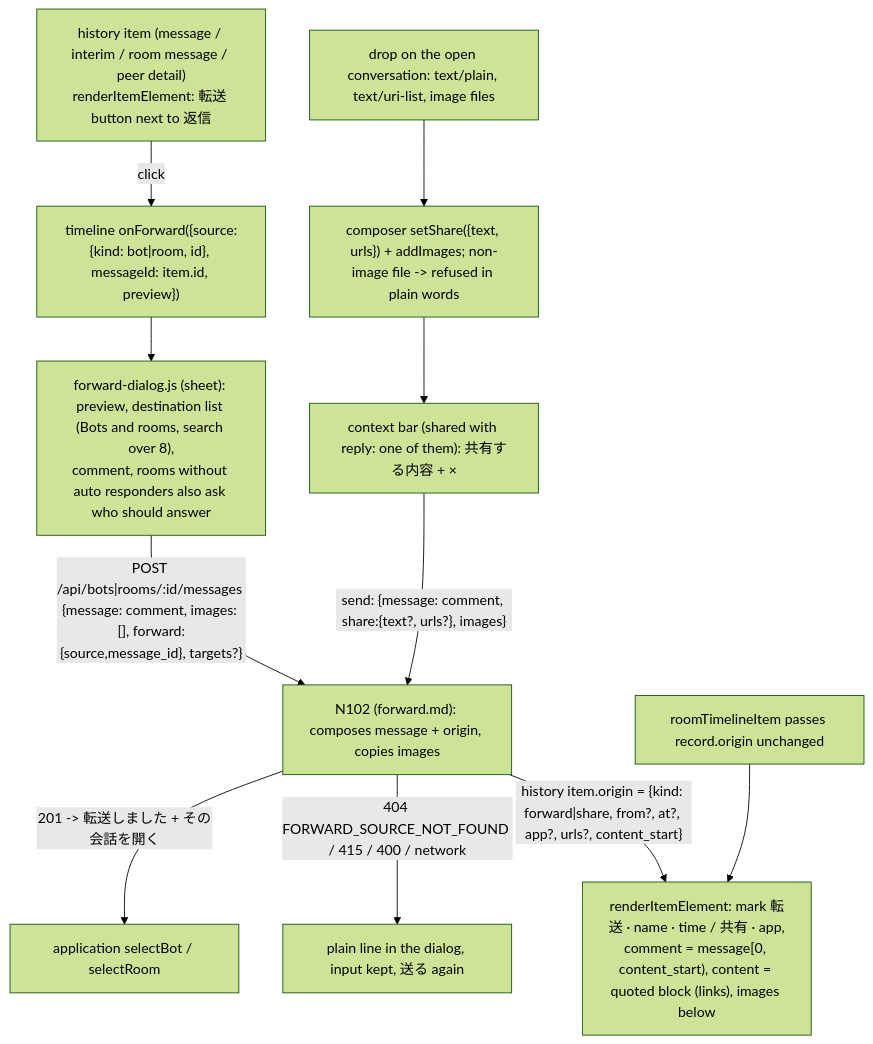
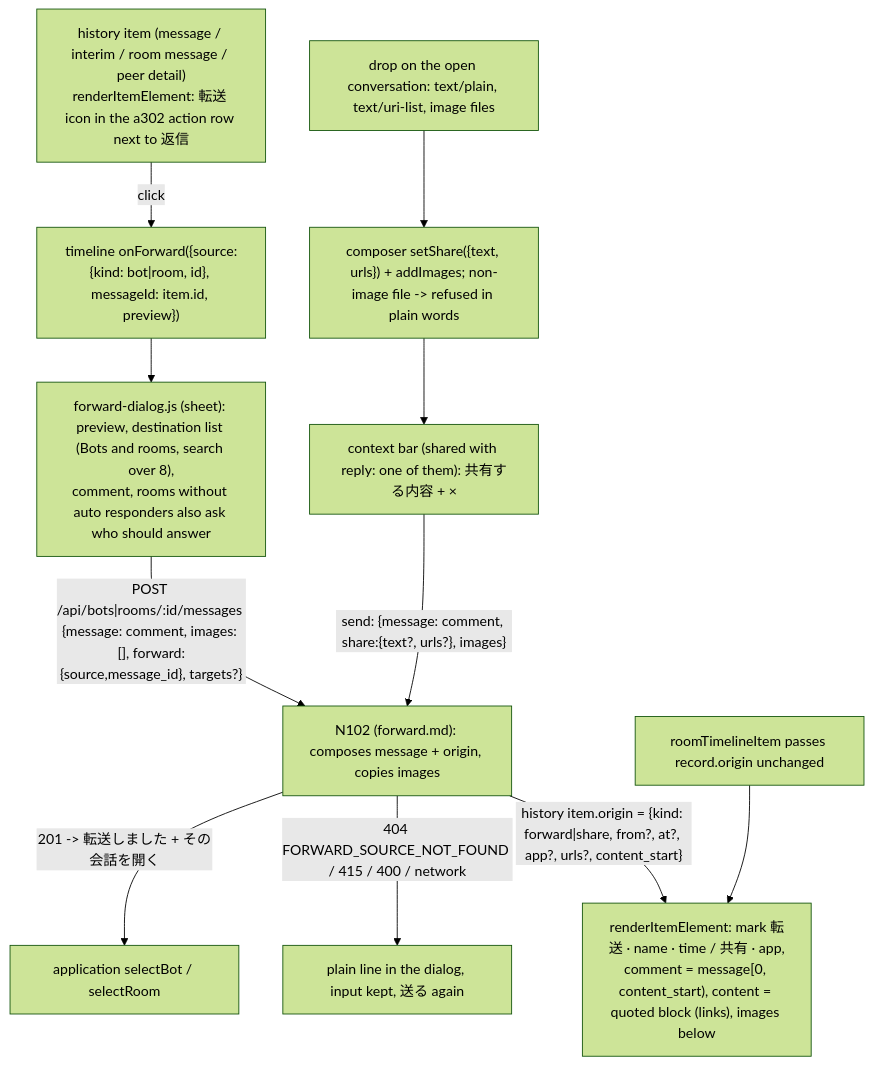
One commit to kitepon/BellTeam changed diagram 14 of 15 in docs/architecture/modules/web/conversation.md. Above: the diagram before and after it, drawn with Mermaid (forest theme). The commit also changed other lines of this file and 3 other files, not shown here.

First line of the commit message:
Web: reply, forward and copy icons under every message bubble (a302)

````diff
--- a/docs/architecture/modules/web/conversation.md
+++ b/docs/architecture/modules/web/conversation.md
@@ -341,13 +341,13 @@
 ```mermaid
 flowchart TD
-  Msg["history item (message / interim / room message / peer detail)<br/>renderItemElement: 転送 button next to 返信"] -->|"click"| Open["timeline onForward({source:{kind: bot|room, id}, messageId: item.id, preview})"]
+  Msg["history item (message / interim / room message / peer detail)<br/>renderItemElement: 転送 icon in the a302 action row next to 返信"] -->|"click"| Open["timeline onForward({source:{kind: bot|room, id}, messageId: item.id, preview})"]
   Open --> Dialog["forward-dialog.js (sheet): preview, destination list (Bots and rooms, search over 8),<br/>comment, rooms without auto responders also ask who should answer"]
   Dialog -->|"POST /api/bots|rooms/:id/messages {message: comment, images: [], forward:{source,message_id}, targets?}"| Server["N102 (forward.md): composes message + origin, copies images"]
   Server -->|"201 -> 転送しました + その会話を開く"| Done["application selectBot / selectRoom"]
   Server -->|"404 FORWARD_SOURCE_NOT_FOUND / 415 / 400 / network"| Err["plain line in the dialog, input kept, 送る again"]
   Drop["drop on the open conversation: text/plain, text/uri-list, image files"] --> Share["composer setShare({text, urls}) + addImages; non-image file -> refused in plain words"]
   Share --> Bar["context bar (shared with reply: one of them): 共有する内容 + ×"]
   Bar -->|"send: {message: comment, share:{text?, urls?}, images}"| Server
   Server -->|"history item.origin = {kind: forward|share, from?, at?, app?, urls?, content_start}"| Draw["renderItemElement: mark 転送 · name · time / 共有 · app,<br/>comment = message[0, content_start), content = quoted block (links), images below"]
   Room["roomTimelineItem passes record.origin unchanged"] --> Draw
 ```
````
